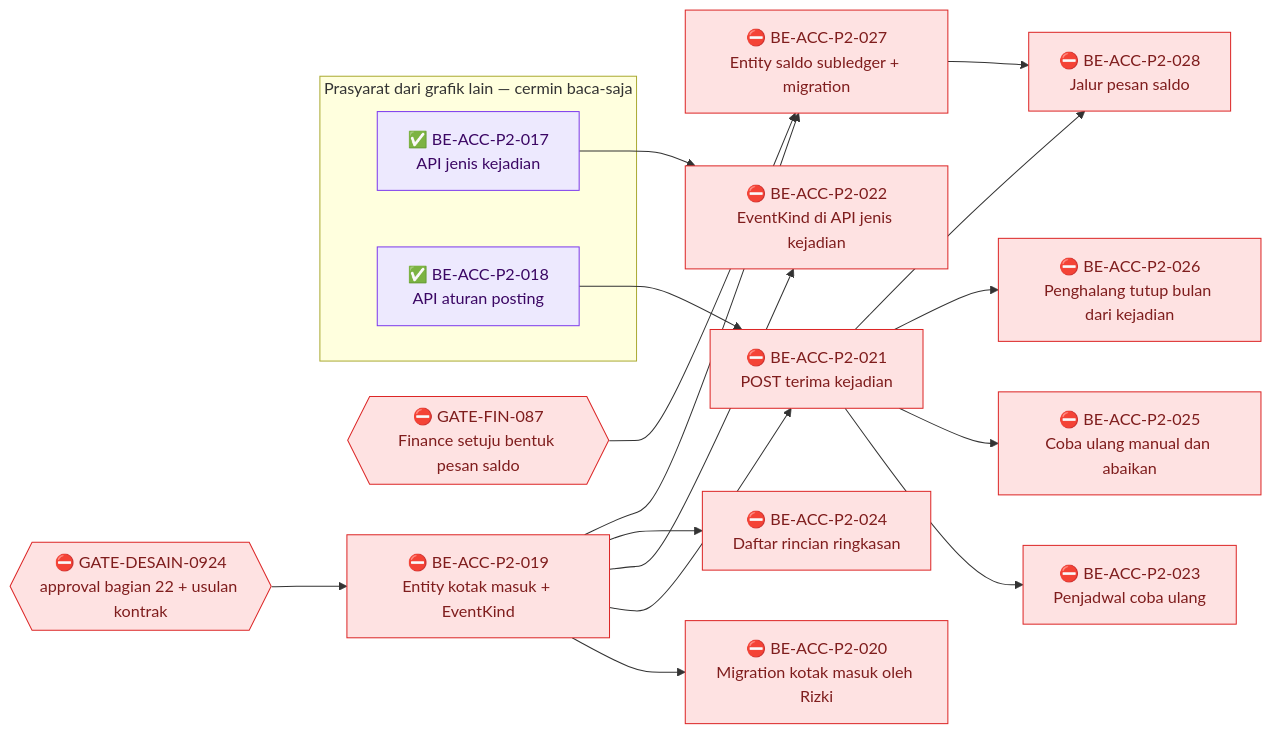
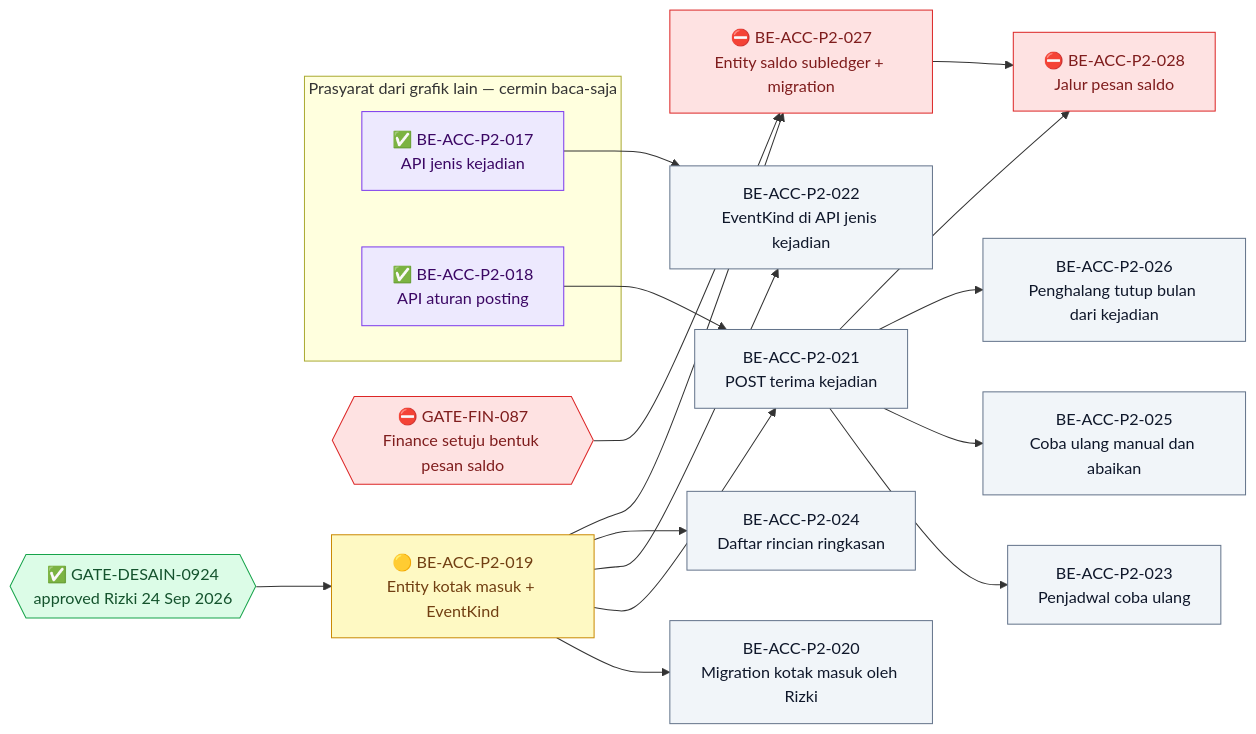
The fourth of 4 diagrams in docs/module-blueprints/accounting/roadmap/backend-roadmap-phase2.md (DevBenari/NewQuilvianSystemBackend), drawn with Mermaid before and after one commit. The commit also changed other lines of this file and 28 other files, not shown here.

Commit message:
membuat migration baru addaccountingEventBox

````diff
--- a/docs/module-blueprints/accounting/roadmap/backend-roadmap-phase2.md
+++ b/docs/module-blueprints/accounting/roadmap/backend-roadmap-phase2.md
@@ -691,42 +691,42 @@
 ```mermaid
 flowchart LR
     classDef selesai fill:#DCFCE7,stroke:#16A34A,color:#14532D
     classDef sebagian fill:#FEF9C3,stroke:#CA8A04,color:#713F12
     classDef terblokir fill:#FEE2E2,stroke:#DC2626,color:#7F1D1D
     classDef belum fill:#F1F5F9,stroke:#64748B,color:#0F172A
     classDef luar fill:#EDE9FE,stroke:#7C3AED,color:#3B0764
 
     subgraph cermin["Prasyarat dari grafik lain — cermin baca-saja"]
         MBEACCP2017["✅ BE-ACC-P2-017<br/>API jenis kejadian"]:::luar
         MBEACCP2018["✅ BE-ACC-P2-018<br/>API aturan posting"]:::luar
     end
 
-    GDES{{"⛔ GATE-DESAIN-0924<br/>approval bagian 22 + usulan kontrak"}}:::terblokir
+    GDES{{"✅ GATE-DESAIN-0924<br/>approved Rizki 24 Sep 2026"}}:::selesai
     GFIN{{"⛔ GATE-FIN-087<br/>Finance setuju bentuk pesan saldo"}}:::terblokir
 
-    BEACCP2019["⛔ BE-ACC-P2-019<br/>Entity kotak masuk + EventKind"]:::terblokir
-    BEACCP2020["⛔ BE-ACC-P2-020<br/>Migration kotak masuk oleh Rizki"]:::terblokir
-    BEACCP2021["⛔ BE-ACC-P2-021<br/>POST terima kejadian"]:::terblokir
-    BEACCP2022["⛔ BE-ACC-P2-022<br/>EventKind di API jenis kejadian"]:::terblokir
-    BEACCP2023["⛔ BE-ACC-P2-023<br/>Penjadwal coba ulang"]:::terblokir
-    BEACCP2024["⛔ BE-ACC-P2-024<br/>Daftar rincian ringkasan"]:::terblokir
-    BEACCP2025["⛔ BE-ACC-P2-025<br/>Coba ulang manual dan abaikan"]:::terblokir
-    BEACCP2026["⛔ BE-ACC-P2-026<br/>Penghalang tutup bulan dari kejadian"]:::terblokir
+    BEACCP2019["🟡 BE-ACC-P2-019<br/>Entity kotak masuk + EventKind"]:::sebagian
+    BEACCP2020["BE-ACC-P2-020<br/>Migration kotak masuk oleh Rizki"]:::belum
+    BEACCP2021["BE-ACC-P2-021<br/>POST terima kejadian"]:::belum
+    BEACCP2022["BE-ACC-P2-022<br/>EventKind di API jenis kejadian"]:::belum
+    BEACCP2023["BE-ACC-P2-023<br/>Penjadwal coba ulang"]:::belum
+    BEACCP2024["BE-ACC-P2-024<br/>Daftar rincian ringkasan"]:::belum
+    BEACCP2025["BE-ACC-P2-025<br/>Coba ulang manual dan abaikan"]:::belum
+    BEACCP2026["BE-ACC-P2-026<br/>Penghalang tutup bulan dari kejadian"]:::belum
     BEACCP2027["⛔ BE-ACC-P2-027<br/>Entity saldo subledger + migration"]:::terblokir
     BEACCP2028["⛔ BE-ACC-P2-028<br/>Jalur pesan saldo"]:::terblokir
 
     GDES --> BEACCP2019
     BEACCP2019 --> BEACCP2020
     BEACCP2019 --> BEACCP2021
     MBEACCP2018 --> BEACCP2021
     BEACCP2019 --> BEACCP2022
     MBEACCP2017 --> BEACCP2022
     BEACCP2021 --> BEACCP2023
     BEACCP2019 --> BEACCP2024
     BEACCP2021 --> BEACCP2025
     BEACCP2021 --> BEACCP2026
     GFIN --> BEACCP2027
     BEACCP2019 --> BEACCP2027
     BEACCP2021 --> BEACCP2028
     BEACCP2027 --> BEACCP2028
 ```
````
